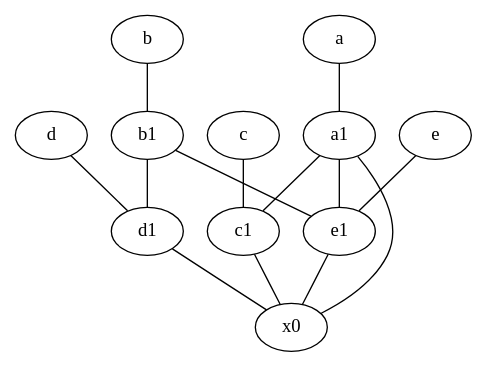
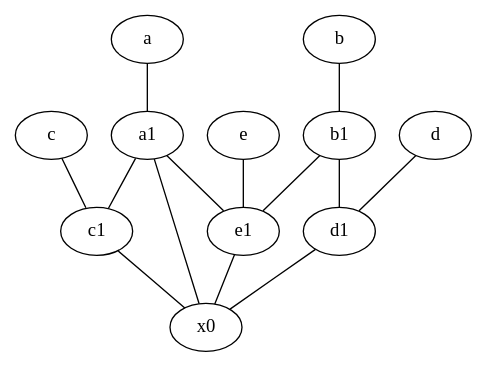
The diagram in results_distance/bandcon/inf.dot (anisabnis/graph_inference), drawn with Graphviz before and after one commit. The commit also changed other lines of this file and 5598 other files, not shown here.

```diff
--- a/results_distance/bandcon/inf.dot
+++ b/results_distance/bandcon/inf.dot
@@ -1,27 +1,27 @@
 graph {
 	node [labelfontsize=50]
+	x0 [labelfontsize=50]
+	a1 [labelfontsize=50 pos="8,3!"]
+	a [labelfontsize=50 pos="8,2!"]
+	b [labelfontsize=50 pos="10,4!"]
+	c1 [labelfontsize=50 pos="4.5,3!"]
+	e1 [labelfontsize=50 pos="7,7!"]
+	d1 [labelfontsize=50 pos="3,5!"]
+	c [labelfontsize=50 pos="4.5,2!"]
+	b1 [labelfontsize=50 pos="9,4!"]
 	d [labelfontsize=50 pos="2,5!"]
-	d1 [labelfontsize=50 pos="3,5!"]
-	c1 [labelfontsize=50 pos="4.5,3!"]
-	a [labelfontsize=50 pos="8,2!"]
-	b1 [labelfontsize=50 pos="9,4!"]
 	e [labelfontsize=50 pos="7,9!"]
-	e1 [labelfontsize=50 pos="7,7!"]
-	b [labelfontsize=50 pos="10,4!"]
-	c [labelfontsize=50 pos="4.5,2!"]
-	a1 [labelfontsize=50 pos="8,3!"]
-	x0 [labelfontsize=50]
+	a1 -- e1
+	d1 -- x0
+	b -- b1
 	a1 -- c1
-	d1 -- x0
+	c1 -- x0
+	e1 -- x0
+	d -- d1
+	e -- e1
+	c -- c1
 	a -- a1
+	b1 -- d1
 	a1 -- x0
-	c -- c1
-	d -- d1
 	b1 -- e1
-	c1 -- x0
-	a1 -- e1
-	b1 -- d1
-	e1 -- x0
-	e -- e1
-	b -- b1
 }
```
